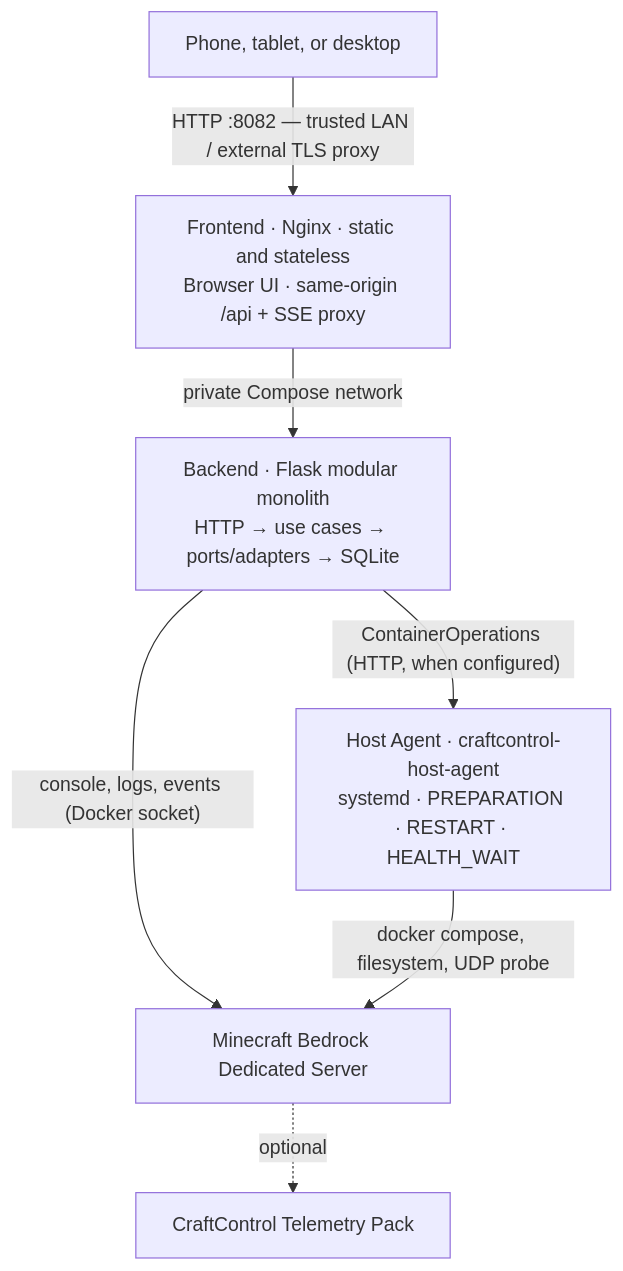
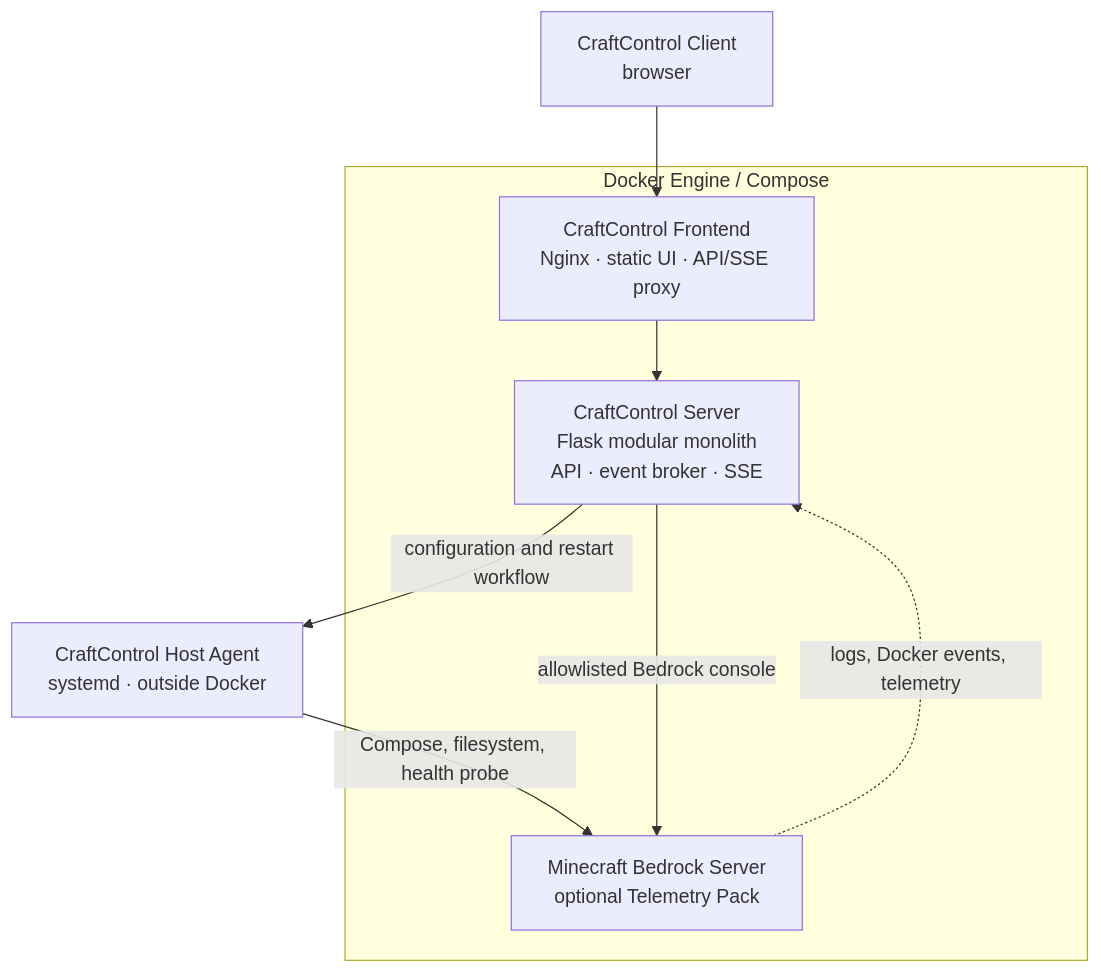
Before and after one commit to dgaramos/craftcontrol: the first of 5 diagrams in README.md, drawn with Mermaid. The commit also changed 1 other file, not shown here.

Commit message:
docs(architecture): clarify runtime topology diagram (#333)

````diff
--- a/README.md
+++ b/README.md
@@ -59,9 +59,19 @@
 ```mermaid
 flowchart TD
-    client["Phone, tablet, or desktop"] -->|"HTTP :8082 — trusted LAN / external TLS proxy"| frontend["Frontend · Nginx · static and stateless<br/>Browser UI · same-origin /api + SSE proxy"]
-    frontend -->|"private Compose network"| backend["Backend · Flask modular monolith<br/>HTTP → use cases → ports/adapters → SQLite"]
-    backend -->|"console, logs, events (Docker socket)"| bedrock["Minecraft Bedrock Dedicated Server"]
-    backend -->|"ContainerOperations (HTTP, when configured)"| hostagent["Host Agent · craftcontrol-host-agent<br/>systemd · PREPARATION · RESTART · HEALTH_WAIT"]
-    hostagent -->|"docker compose, filesystem, UDP probe"| bedrock
-    bedrock -. "optional" .-> telemetry["CraftControl Telemetry Pack"]
+    client["CraftControl Client<br/>browser"]
+
+    subgraph docker["Docker Engine / Compose"]
+        frontend["CraftControl Frontend<br/>Nginx · static UI · API/SSE proxy"]
+        server["CraftControl Server<br/>Flask modular monolith<br/>API · event broker · SSE"]
+        bedrock["Minecraft Bedrock Server<br/>optional Telemetry Pack"]
+        frontend --> server
+    end
+
+    agent["CraftControl Host Agent<br/>systemd · outside Docker"]
+
+    client --> frontend
+    server -->|"configuration and restart workflow"| agent
+    agent -->|"Compose, filesystem, health probe"| bedrock
+    server -->|"allowlisted Bedrock console"| bedrock
+    bedrock -. "logs, Docker events, telemetry" .-> server
 ```
````
